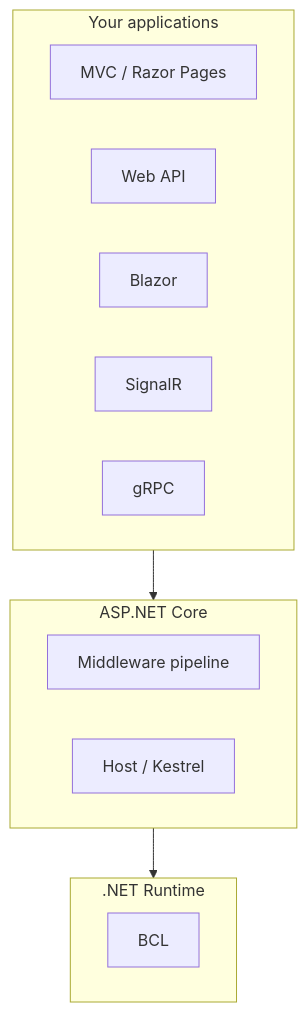
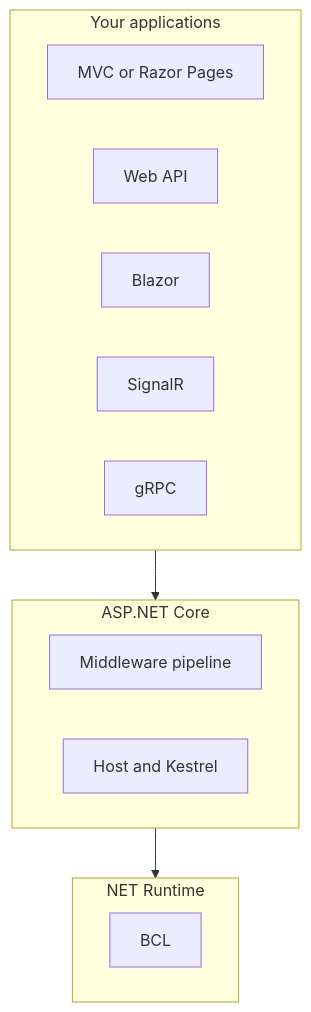
Before and after one commit to sridharpolepalli/dotnet-learn: the seventh of 19 diagrams in ASP.NET-Core-Network-HTTP-Guide.md, drawn with Mermaid. The commit also changed other lines of this file and 1 other file, not shown here.

Commit message:
fixing the mermaid issues

````diff
--- a/ASP.NET-Core-Network-HTTP-Guide.md
+++ b/ASP.NET-Core-Network-HTTP-Guide.md
@@ -462,21 +462,21 @@
 ```mermaid
 flowchart TB
     subgraph Apps["Your applications"]
-        MVC[MVC / Razor Pages]
+        MVC["MVC or Razor Pages"]
         API[Web API]
         Blazor[Blazor]
         SignalR[SignalR]
         gRPC[gRPC]
     end
 
     subgraph ASP["ASP.NET Core"]
         Middleware[Middleware pipeline]
-        Host[Host / Kestrel]
+        Host["Host and Kestrel"]
     end
 
-    subgraph Runtime[".NET Runtime"]
+    subgraph Runtime["NET Runtime"]
         BCL[BCL]
     end
 
     Apps --> ASP --> Runtime
 ```
````
